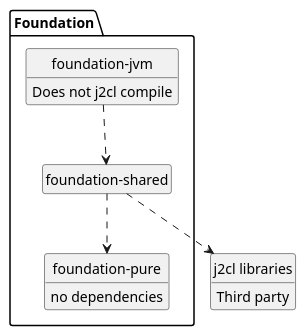
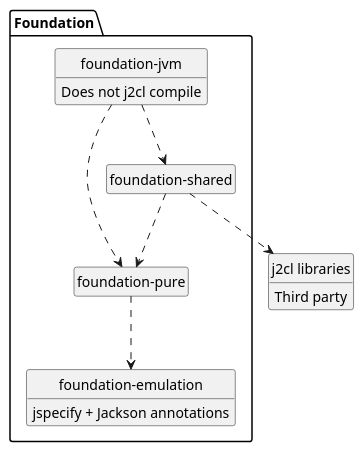
The diagram in foundation-pure/README.adoc (Calpano/graphinout), drawn with PlantUML before and after one commit. The commit also changed other lines of this file and 3 other files, not shown here.

```diff
--- a/foundation-pure/README.adoc
+++ b/foundation-pure/README.adoc
@@ -22,22 +267,25 @@
 [plantuml]
 ....
 hide empty members
 hide circle
 
 package Foundation {
-    class pure as "foundation-pure" {
-        no dependencies
+    class emulation as "foundation-emulation" {
+        jspecify + Jackson annotations
     }
+    class pure as "foundation-pure"
     class shared as "foundation-shared"
     class jvm as "foundation-jvm" {
         Does not j2cl compile
     }
 }
 class J2cl as "j2cl libraries" {
     Third party
 }
 
+pure ..> emulation
+shared ..> pure
 shared ..> J2cl
-shared ..> pure
 jvm ..> shared
+jvm ..> pure
 ....
```
